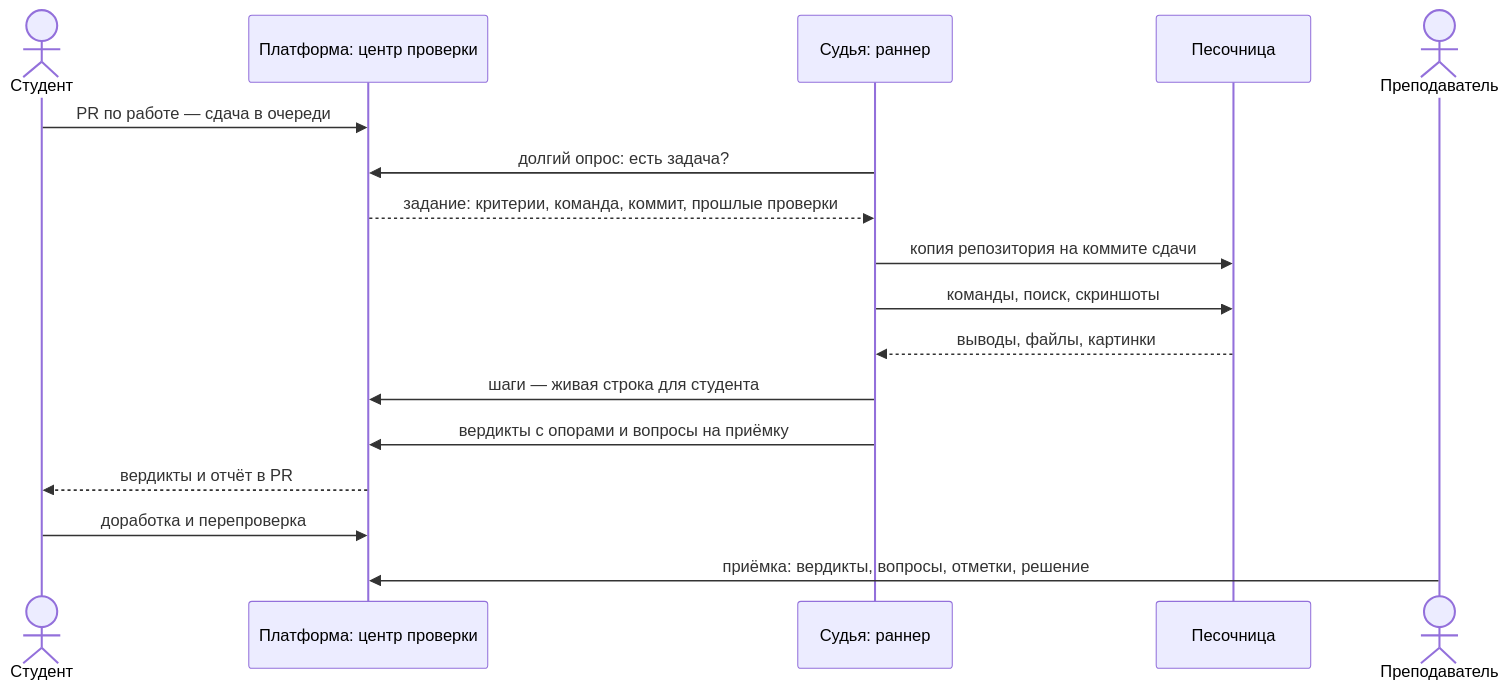
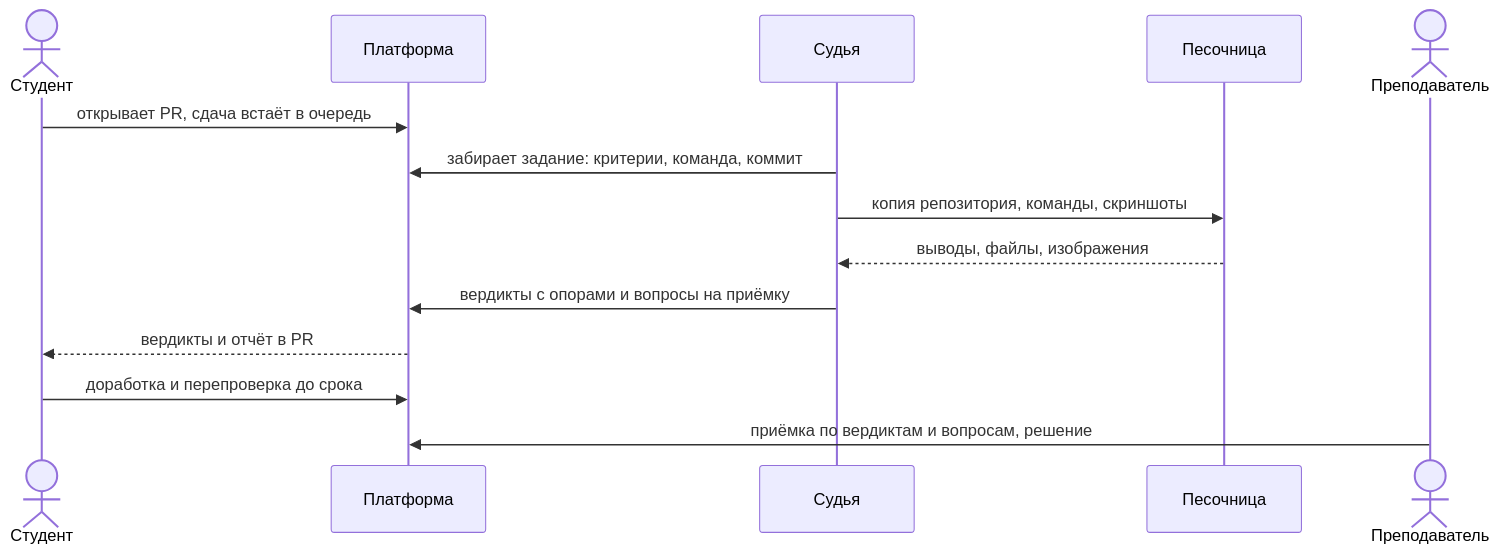
The second of 5 diagrams in docs/ml_system_design_doc.md (ChS23/mlsd-judge), drawn with Mermaid before and after one commit. The commit also changed other lines of this file and 5 other files, not shown here.

````diff
--- a/docs/ml_system_design_doc.md
+++ b/docs/ml_system_design_doc.md
@@ -127,20 +116,17 @@
 ```mermaid
 sequenceDiagram
     actor St as Студент
-    participant P as Платформа: центр проверки
-    participant J as Судья: раннер
+    participant P as Платформа
+    participant J as Судья
     participant S as Песочница
     actor T as Преподаватель
 
-    St->>P: PR по работе — сдача в очереди
-    J->>P: долгий опрос: есть задача?
-    P-->>J: задание: критерии, команда, коммит, прошлые проверки
-    J->>S: копия репозитория на коммите сдачи
-    J->>S: команды, поиск, скриншоты
-    S-->>J: выводы, файлы, картинки
-    J->>P: шаги — живая строка для студента
+    St->>P: открывает PR, сдача встаёт в очередь
+    J->>P: забирает задание: критерии, команда, коммит
+    J->>S: копия репозитория, команды, скриншоты
+    S-->>J: выводы, файлы, изображения
     J->>P: вердикты с опорами и вопросы на приёмку
     P-->>St: вердикты и отчёт в PR
-    St->>P: доработка и перепроверка
-    T->>P: приёмка: вердикты, вопросы, отметки, решение
+    St->>P: доработка и перепроверка до срока
+    T->>P: приёмка по вердиктам и вопросам, решение
 ```
````
